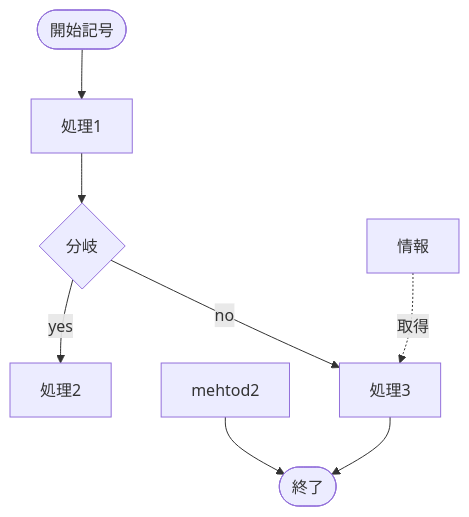
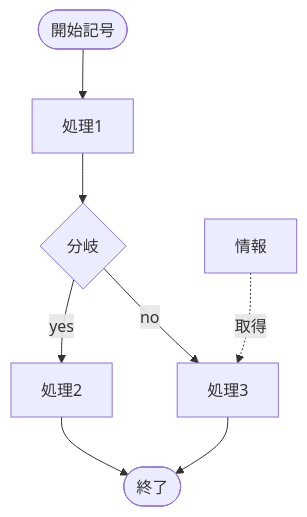
The diagram in document/README.md (sh1Nome/personal-knowledge-hub), drawn with Mermaid before and after one commit.

````diff
--- a/document/README.md
+++ b/document/README.md
@@ -17,19 +17,19 @@
 ```mermaid
 flowchart TD
     %% コメント
     start([開始記号])
     method1[処理1]
     if{分岐}
     method2[処理2]
     method3[処理3]
     info[情報]
     finish([終了])
 
     start --> method1
     method1 --> if
     if -->|yes| method2
     if -->|no| method3
     info -.->|取得| method3
-    mehtod2 --> finish
+    method2 --> finish
     method3 --> finish
 ```
````
